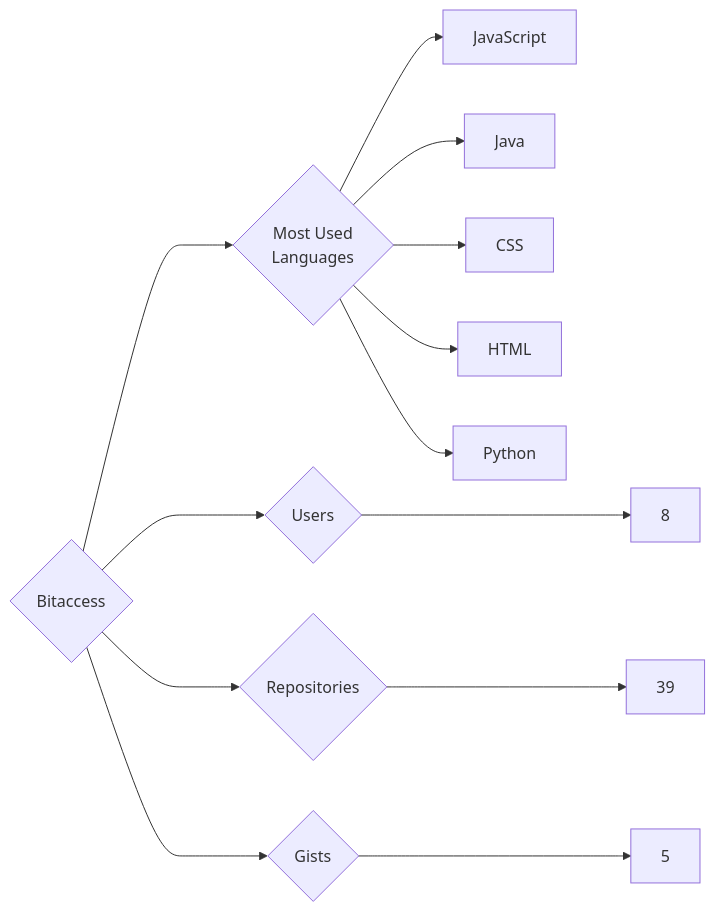
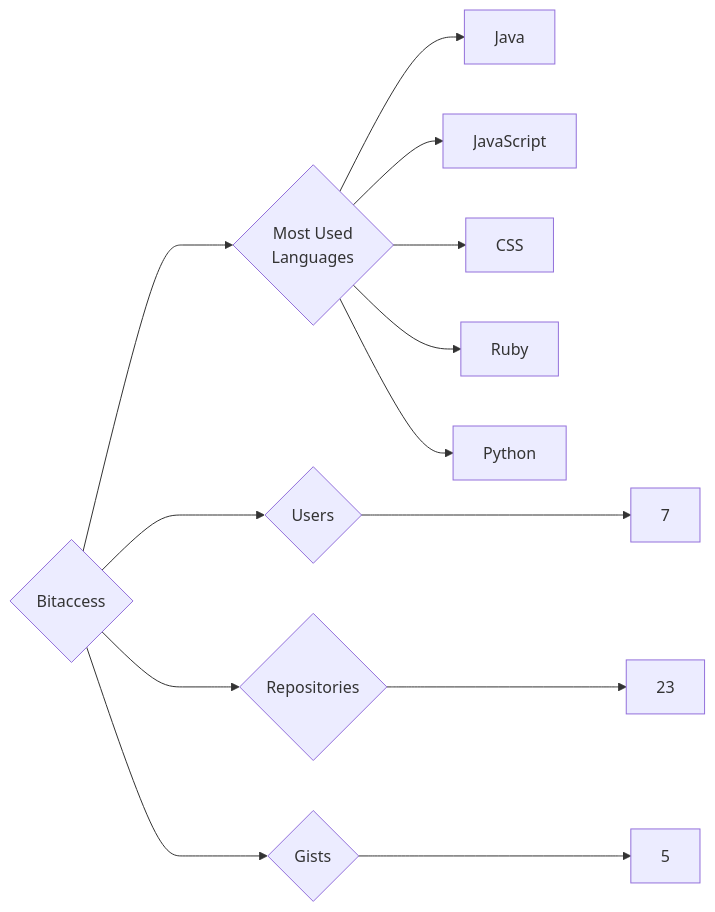
Before and after one commit to trickest/insiders: the diagram in targets/Bitaccess/README.md, drawn with Mermaid. The commit also changed 1084 other files, not shown here.

````diff
--- a/targets/Bitaccess/README.md
+++ b/targets/Bitaccess/README.md
@@ -3,13 +3,13 @@
 ```mermaid
 graph LR
 COMPANY_NAME{Bitaccess}
-COMPANY_NAME ---> U{Users} ---> UN[8]
-COMPANY_NAME ---> R{Repositories} ---> RN[39]
+COMPANY_NAME ---> U{Users} ---> UN[7]
+COMPANY_NAME ---> R{Repositories} ---> RN[23]
 COMPANY_NAME ---> G{Gists} ---> GN[5]
 COMPANY_NAME ---> ML{Most Used<br>Languages}
+ML --> Java[Java]
 ML --> JavaScript[JavaScript]
-ML --> Java[Java]
 ML --> CSS[CSS]
-ML --> HTML[HTML]
+ML --> Ruby[Ruby]
 ML --> Python[Python]
 ```
````
